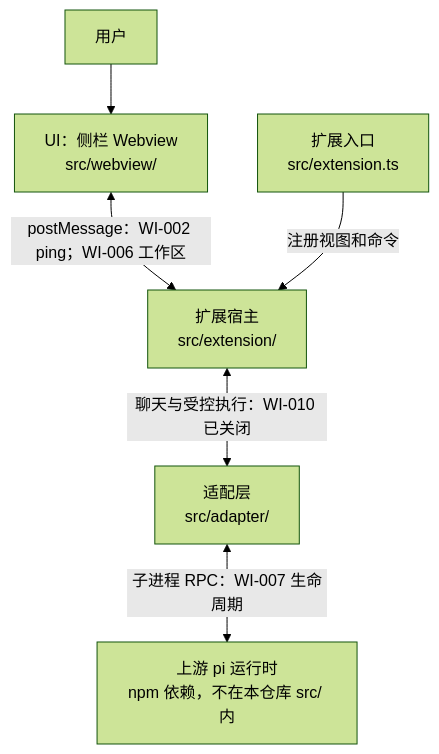
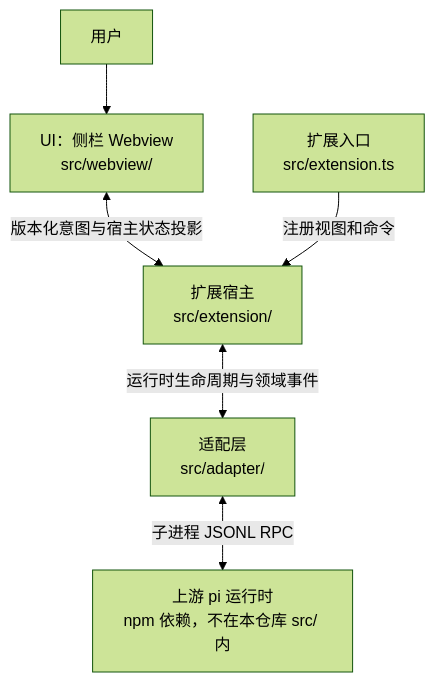
Before and after one commit to Hex4C59/pi-vscode: the diagram in docs/architecture/vscode-extension-architecture.zh.md, drawn with Mermaid (forest theme). The commit also changed other lines of this file and 24 other files, not shown here.

````diff
--- a/docs/architecture/vscode-extension-architecture.zh.md
+++ b/docs/architecture/vscode-extension-architecture.zh.md
@@ -38,8 +38,8 @@
 ```mermaid
 flowchart TD
     U["用户"] --> W["UI：侧栏 Webview<br/>src/webview/"]
-    W <-->|"postMessage：WI-002 ping；WI-006 工作区"| H["扩展宿主<br/>src/extension/"]
-    H <-->|"聊天与受控执行：WI-010 已关闭"| A["适配层<br/>src/adapter/"]
-    A <-->|"子进程 RPC：WI-007 生命周期"| P["上游 pi 运行时<br/>npm 依赖，不在本仓库 src/ 内"]
+    W <-->|"版本化意图与宿主状态投影"| H["扩展宿主<br/>src/extension/"]
+    H <-->|"运行时生命周期与领域事件"| A["适配层<br/>src/adapter/"]
+    A <-->|"子进程 JSONL RPC"| P["上游 pi 运行时<br/>npm 依赖，不在本仓库 src/ 内"]
     E["扩展入口<br/>src/extension.ts"] -->|"注册视图和命令"| H
 ```
````
